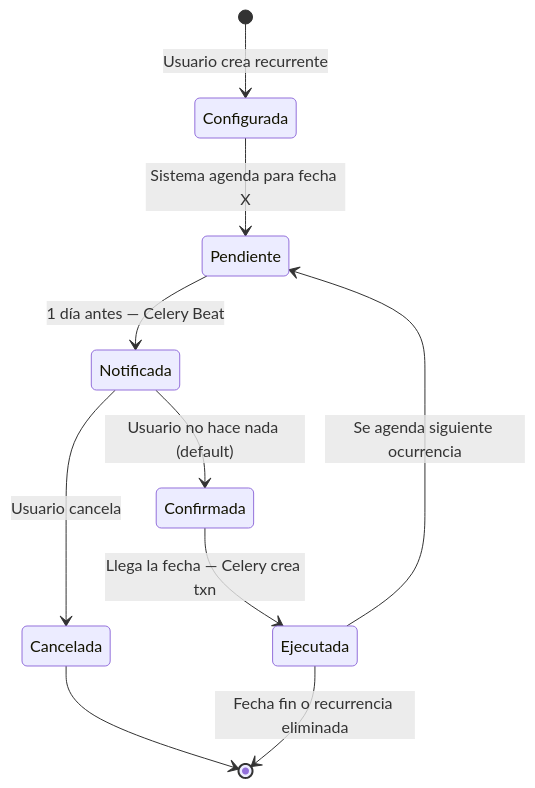
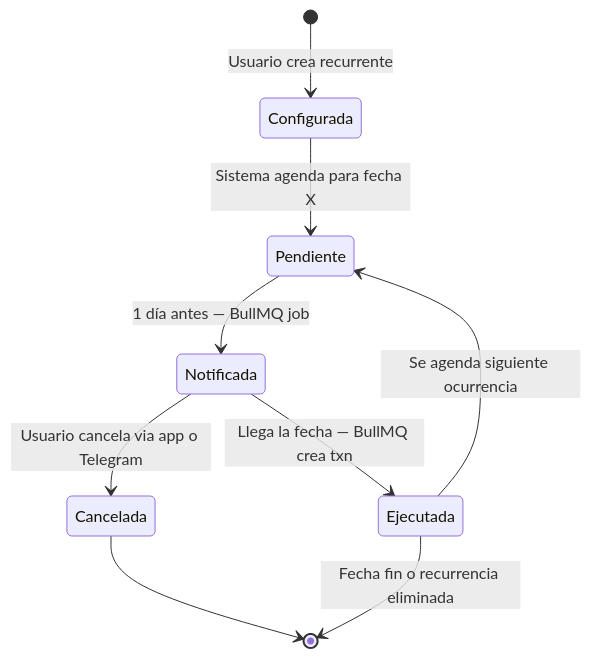
One commit to root-jeff/Sotang-Documentation changed the second of 8 diagrams in arquitectura/data-flows.md. Above: the diagram before and after it, drawn with Mermaid. The commit also changed other lines of this file and 17 other files, not shown here.

````diff
--- a/arquitectura/data-flows.md
+++ b/arquitectura/data-flows.md
@@ -29,12 +33,11 @@
 ```mermaid
 stateDiagram-v2
     [*] --> Configurada: Usuario crea recurrente
     Configurada --> Pendiente: Sistema agenda para fecha X
-    Pendiente --> Notificada: 1 día antes — Celery Beat
-    Notificada --> Confirmada: Usuario no hace nada (default)
-    Notificada --> Cancelada: Usuario cancela
-    Confirmada --> Ejecutada: Llega la fecha — Celery crea txn
+    Pendiente --> Notificada: 1 día antes — BullMQ job
+    Notificada --> Ejecutada: Llega la fecha — BullMQ crea txn
+    Notificada --> Cancelada: Usuario cancela via app o Telegram
     Ejecutada --> Pendiente: Se agenda siguiente ocurrencia
     Cancelada --> [*]
     Ejecutada --> [*]: Fecha fin o recurrencia eliminada
 ```
````
